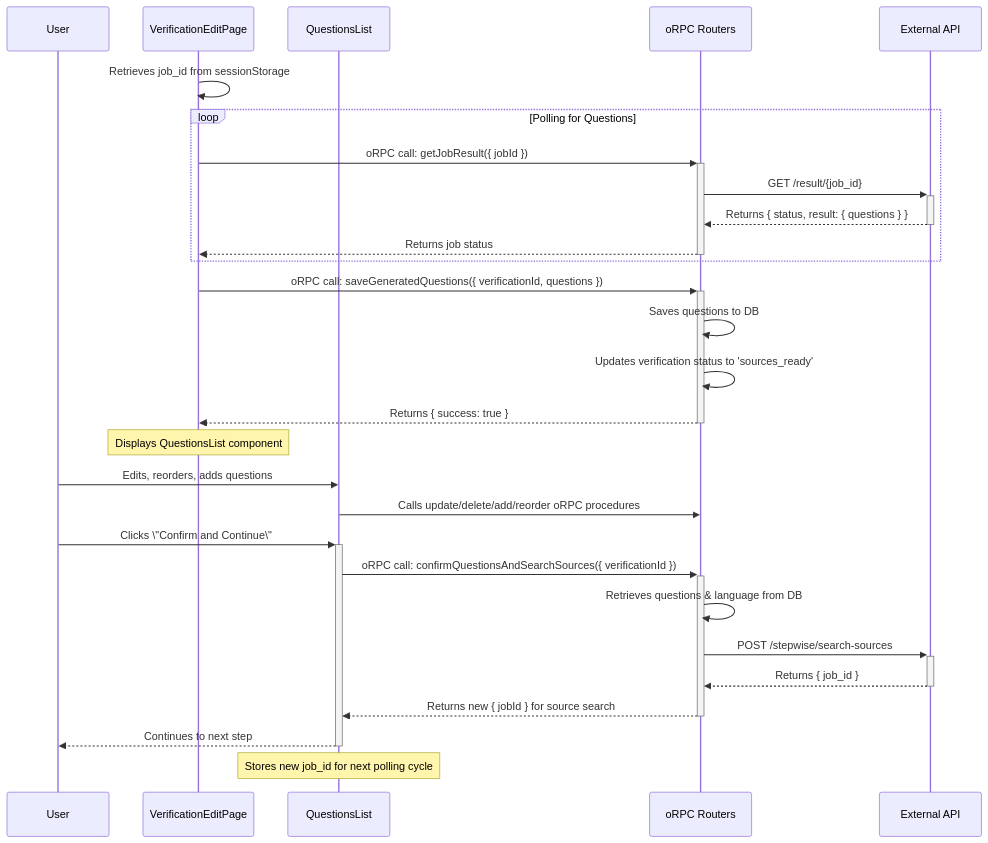
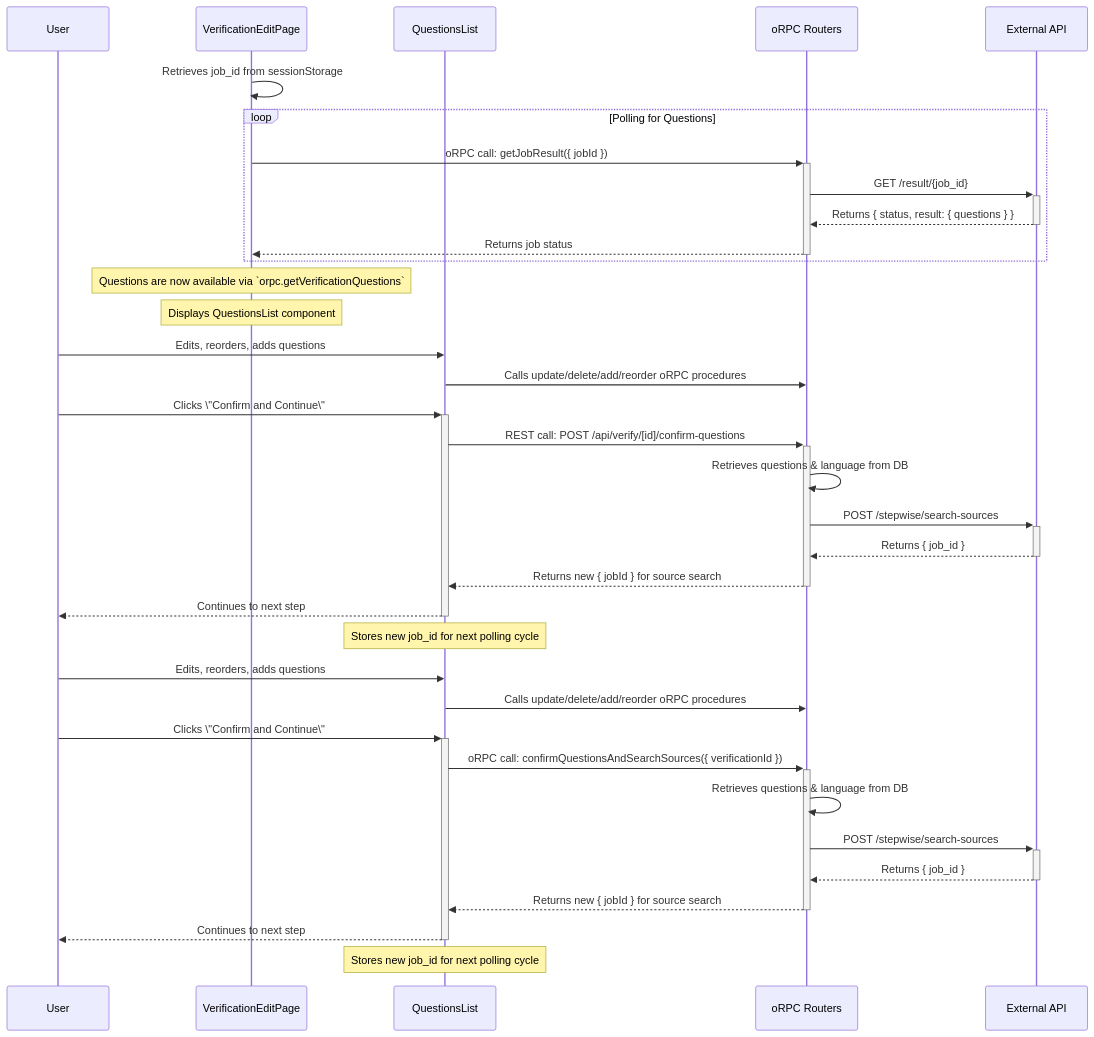
The second of 3 diagrams in docs/VERIFICATION.md (checkeapp-group/CheckeApp), drawn with Mermaid before and after one commit. The commit also changed other lines of this file and 5 other files, not shown here.

Commit message:
feat: update API documentation to reflect new endpoints and changes in verification flow

````diff
--- a/docs/VERIFICATION.md
+++ b/docs/VERIFICATION.md
@@ -64,35 +64,43 @@
 ```mermaid
 sequenceDiagram
     participant User
     participant FE as VerificationEditPage
     participant QE as QuestionsList
     participant BE as oRPC Routers
     participant API as External API
 
     FE->>FE: Retrieves job_id from sessionStorage
 
     loop Polling for Questions
         FE->>+BE: oRPC call: getJobResult({ jobId })
         BE->>+API: GET /result/{job_id}
         API-->>-BE: Returns { status, result: { questions } }
         BE-->>-FE: Returns job status
     end
+    Note over FE: Questions are now available via `orpc.getVerificationQuestions`
+    Note over FE: Displays QuestionsList component
 
-    FE->>+BE: oRPC call: saveGeneratedQuestions({ verificationId, questions })
-    BE->>BE: Saves questions to DB
-    BE->>BE: Updates verification status to 'sources_ready'
-    BE-->>-FE: Returns { success: true }
-    Note over FE: Displays QuestionsList component
+    User->>QE: Edits, reorders, adds questions
+    QE->>BE: Calls update/delete/add/reorder oRPC procedures
+
+    User->>+QE: Clicks \"Confirm and Continue\"
+    QE->>+BE: REST call: POST /api/verify/[id]/confirm-questions
+    BE->>BE: Retrieves questions & language from DB
+    BE->>+API: POST /stepwise/search-sources
+    API-->>-BE: Returns { job_id }
+    BE-->>-QE: Returns new { jobId } for source search
+    QE-->>-User: Continues to next step
+    Note over QE: Stores new job_id for next polling cycle
 
     User->>QE: Edits, reorders, adds questions
     QE->>BE: Calls update/delete/add/reorder oRPC procedures
 
     User->>+QE: Clicks \"Confirm and Continue\"
     QE->>+BE: oRPC call: confirmQuestionsAndSearchSources({ verificationId })
     BE->>BE: Retrieves questions & language from DB
     BE->>+API: POST /stepwise/search-sources
     API-->>-BE: Returns { job_id }
     BE-->>-QE: Returns new { jobId } for source search
     QE-->>-User: Continues to next step
     Note over QE: Stores new job_id for next polling cycle
 ```
````
